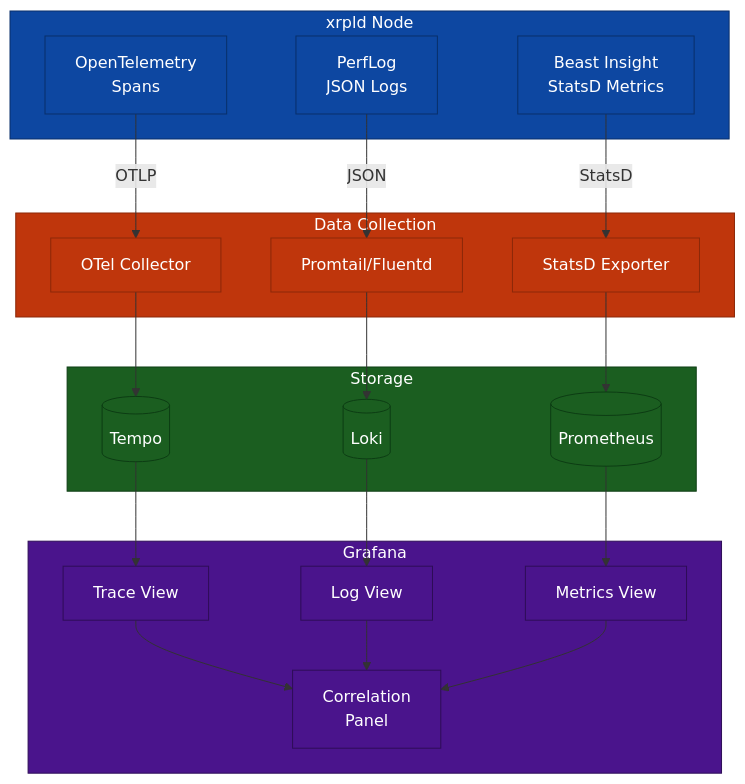
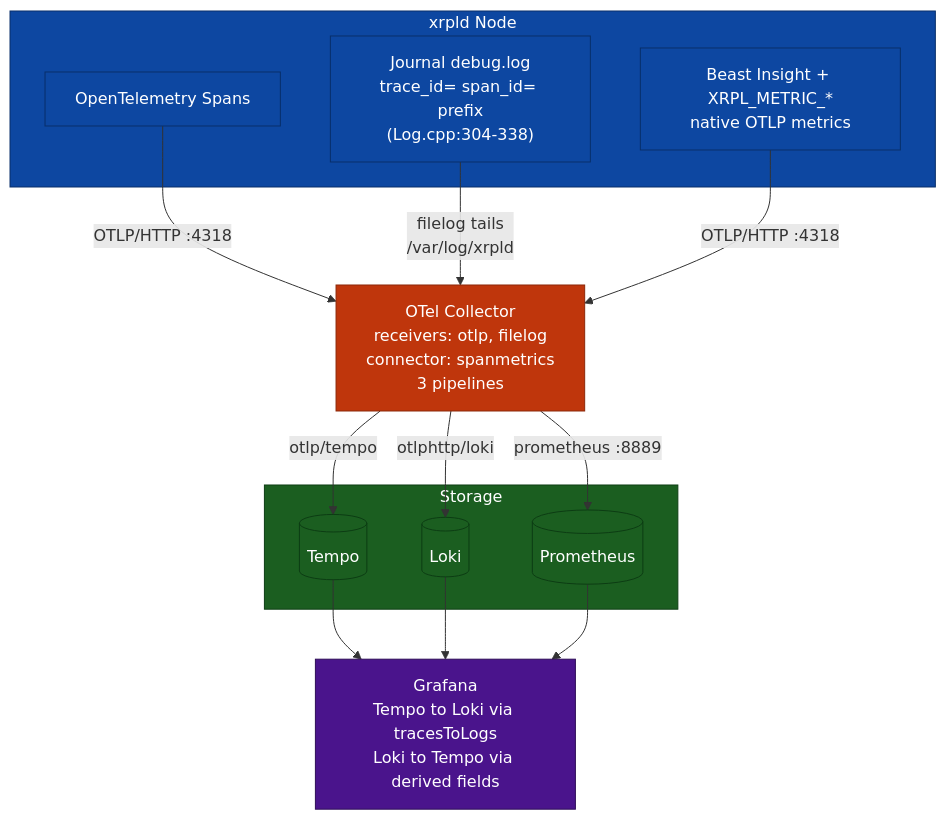
The fourth of 4 diagrams in OpenTelemetryPlan/07-observability-backends.md (XRPLF/rippled), drawn with Mermaid before and after one commit. The commit also changed other lines of this file and 34 other files, not shown here.

````diff
--- a/OpenTelemetryPlan/07-observability-backends.md
+++ b/OpenTelemetryPlan/07-observability-backends.md
@@ -288,57 +417,41 @@
 ```mermaid
 flowchart TB
     subgraph xrpld["xrpld Node"]
-        otel[OpenTelemetry<br/>Spans]
-        perflog[PerfLog<br/>JSON Logs]
-        insight[Beast Insight<br/>StatsD Metrics]
+        otel["OpenTelemetry Spans"]
+        journal["Journal debug.log<br/>trace_id= span_id= prefix<br/>(Log.cpp:304-338)"]
+        insight["Beast Insight + XRPL_METRIC_*<br/>native OTLP metrics"]
     end
 
-    subgraph collectors["Data Collection"]
-        otelc[OTel Collector]
-        promtail[Promtail/Fluentd]
-        statsd[StatsD Exporter]
+    otelc["OTel Collector<br/>receivers: otlp, filelog<br/>connector: spanmetrics<br/>3 pipelines"]
+
+    subgraph storage["Storage"]
+        tempo[("Tempo")]
+        loki[("Loki")]
+        prom[("Prometheus")]
     end
 
-    subgraph storage["Storage"]
-        tempo[(Tempo)]
-        loki[(Loki)]
-        prom[(Prometheus)]
-    end
+    dashboards["Grafana<br/>Tempo to Loki via tracesToLogs<br/>Loki to Tempo via derived fields"]
 
-    subgraph grafana["Grafana"]
-        traces[Trace View]
-        logs[Log View]
-        metrics[Metrics View]
-        corr[Correlation<br/>Panel]
-    end
+    otel -->|"OTLP/HTTP :4318"| otelc
+    journal -->|"filelog tails<br/>/var/log/xrpld"| otelc
+    insight -->|"OTLP/HTTP :4318"| otelc
 
-    otel -->|OTLP| otelc --> tempo
-    perflog -->|JSON| promtail --> loki
-    insight -->|StatsD| statsd --> prom
+    otelc -->|"otlp/tempo"| tempo
+    otelc -->|"otlphttp/loki"| loki
+    otelc -->|"prometheus :8889"| prom
 
-    tempo --> traces
-    loki --> logs
-    prom --> metrics
+    tempo --> dashboards
+    loki --> dashboards
+    prom --> dashboards
 
-    traces --> corr
-    logs --> corr
-    metrics --> corr
-
-    style xrpld fill:#0d47a1,stroke:#082f6a,color:#fff
-    style collectors fill:#bf360c,stroke:#8c2809,color:#fff
-    style storage fill:#1b5e20,stroke:#0d3d14,color:#fff
-    style grafana fill:#4a148c,stroke:#2e0d57,color:#fff
-    style otel fill:#0d47a1,stroke:#082f6a,color:#fff
-    style perflog fill:#0d47a1,stroke:#082f6a,color:#fff
-    style insight fill:#0d47a1,stroke:#082f6a,color:#fff
-    style otelc fill:#bf360c,stroke:#8c2809,color:#fff
-    style promtail fill:#bf360c,stroke:#8c2809,color:#fff
-    style statsd fill:#bf360c,stroke:#8c2809,color:#fff
-    style tempo fill:#1b5e20,stroke:#0d3d14,color:#fff
-    style loki fill:#1b5e20,stroke:#0d3d14,color:#fff
-    style prom fill:#1b5e20,stroke:#0d3d14,color:#fff
-    style traces fill:#4a148c,stroke:#2e0d57,color:#fff
-    style logs fill:#4a148c,stroke:#2e0d57,color:#fff
-    style metrics fill:#4a148c,stroke:#2e0d57,color:#fff
-    style corr fill:#4a148c,stroke:#2e0d57,color:#fff
+    style xrpld fill:#0d47a1,stroke:#082f6a,color:#ffffff
+    style storage fill:#1b5e20,stroke:#0d3d14,color:#ffffff
+    style otel fill:#0d47a1,stroke:#082f6a,color:#ffffff
+    style journal fill:#0d47a1,stroke:#082f6a,color:#ffffff
+    style insight fill:#0d47a1,stroke:#082f6a,color:#ffffff
+    style otelc fill:#bf360c,stroke:#8c2809,color:#ffffff
+    style tempo fill:#1b5e20,stroke:#0d3d14,color:#ffffff
+    style loki fill:#1b5e20,stroke:#0d3d14,color:#ffffff
+    style prom fill:#1b5e20,stroke:#0d3d14,color:#ffffff
+    style dashboards fill:#4a148c,stroke:#2e0d57,color:#ffffff
 ```
````
